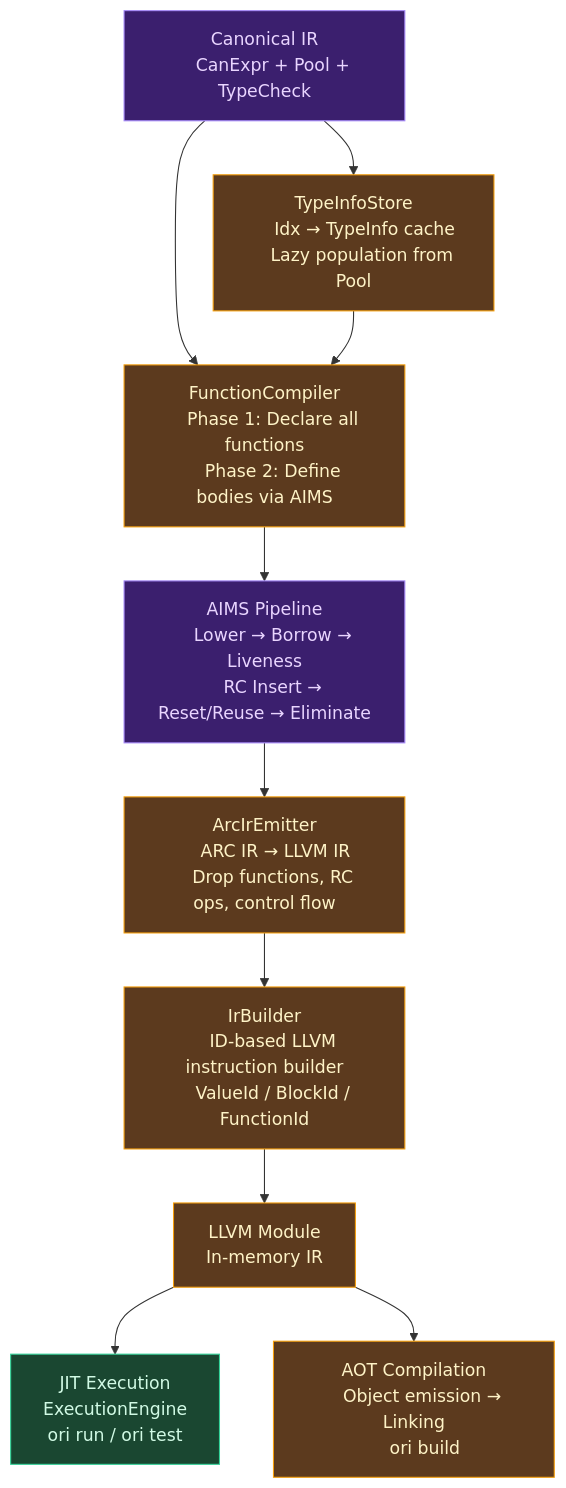
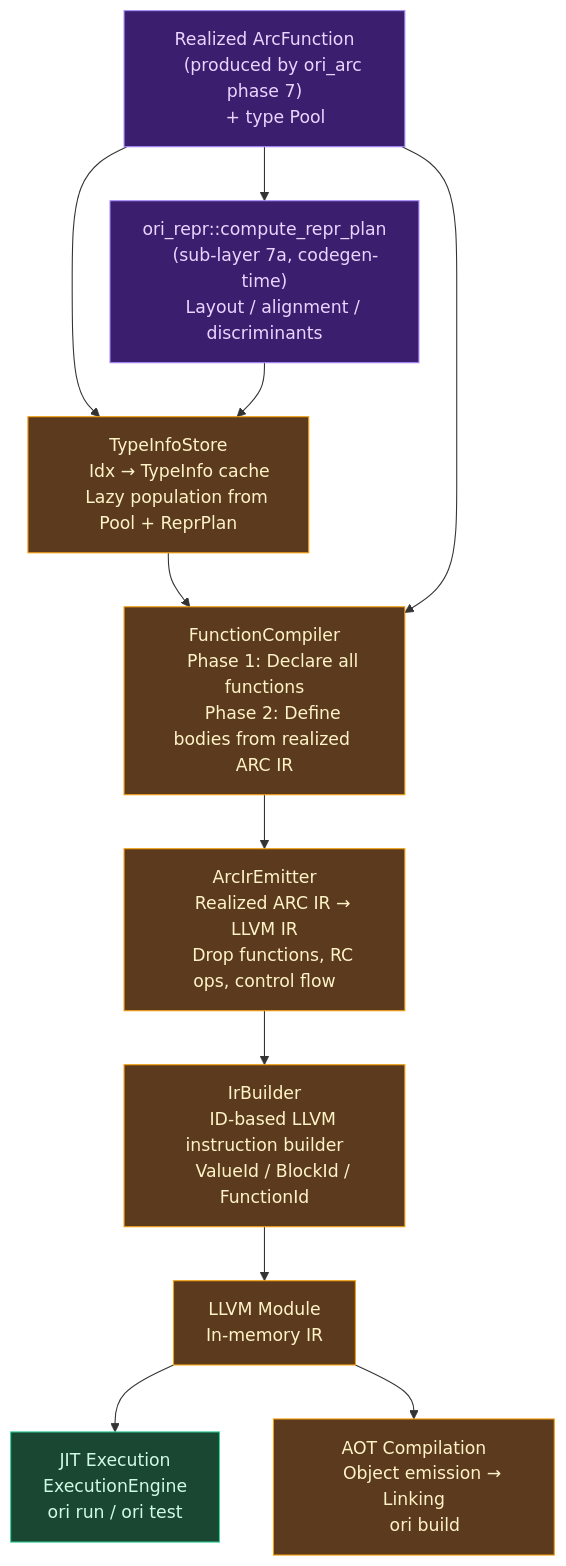
Before and after one commit to upstat-io/ori-lang: the first of 3 diagrams in docs/compiler/design/10-llvm-backend/index.md, drawn with Mermaid. The commit also changed other lines of this file and 4 other files, not shown here.

````diff
--- a/docs/compiler/design/10-llvm-backend/index.md
+++ b/docs/compiler/design/10-llvm-backend/index.md
@@ -86,61 +88,63 @@
 ```mermaid
 flowchart TB
-    Canon["Canonical IR
-    CanExpr + Pool + TypeCheck"]
+    ArcIn["Realized ArcFunction
+    (produced by ori_arc phase 7)
+    + type Pool"]
+
+    ReprPlan["ori_repr::compute_repr_plan
+    (sub-layer 7a, codegen-time)
+    Layout / alignment / discriminants"]
 
     TypeInfo["TypeInfoStore
     Idx → TypeInfo cache
-    Lazy population from Pool"]
+    Lazy population from Pool + ReprPlan"]
 
     FuncComp["FunctionCompiler
     Phase 1: Declare all functions
-    Phase 2: Define bodies via AIMS"]
-
-    ArcPipeline["AIMS Pipeline
-    Lower → Borrow → Liveness
-    RC Insert → Reset/Reuse → Eliminate"]
+    Phase 2: Define bodies from realized ARC IR"]
 
     Emitter["ArcIrEmitter
-    ARC IR → LLVM IR
+    Realized ARC IR → LLVM IR
     Drop functions, RC ops, control flow"]
 
     Builder["IrBuilder
     ID-based LLVM instruction builder
     ValueId / BlockId / FunctionId"]
 
     Module["LLVM Module
     In-memory IR"]
 
     JIT["JIT Execution
     ExecutionEngine
     ori run / ori test"]
 
     AOT["AOT Compilation
     Object emission → Linking
     ori build"]
 
-    Canon --> TypeInfo
-    Canon --> FuncComp
+    ArcIn --> ReprPlan
+    ArcIn --> TypeInfo
+    ReprPlan --> TypeInfo
     TypeInfo --> FuncComp
-    FuncComp --> ArcPipeline
-    ArcPipeline --> Emitter
+    ArcIn --> FuncComp
+    FuncComp --> Emitter
     Emitter --> Builder
     Builder --> Module
     Module --> JIT
     Module --> AOT
 
     classDef frontend fill:#1e3a5f,stroke:#60a5fa,color:#dbeafe
     classDef canon fill:#3b1f6e,stroke:#a78bfa,color:#e9d5ff
     classDef interpreter fill:#1a4731,stroke:#34d399,color:#d1fae5
     classDef native fill:#5c3a1e,stroke:#f59e0b,color:#fef3c7
 
-    class Canon canon
+    class ArcIn canon
+    class ReprPlan canon
     class TypeInfo native
     class FuncComp native
-    class ArcPipeline canon
     class Emitter native
     class Builder native
     class Module native
     class JIT interpreter
     class AOT native
 ```
````
